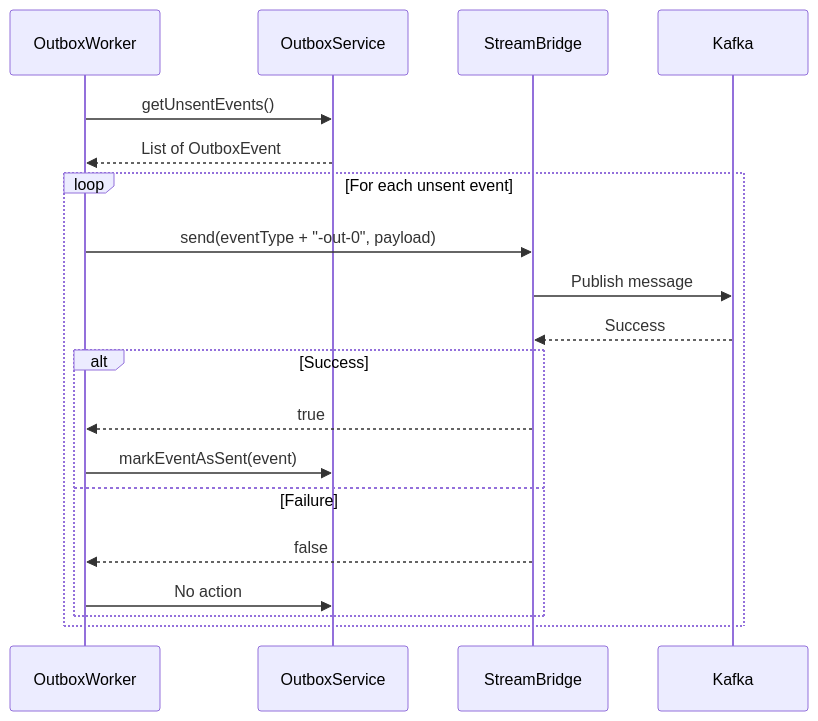
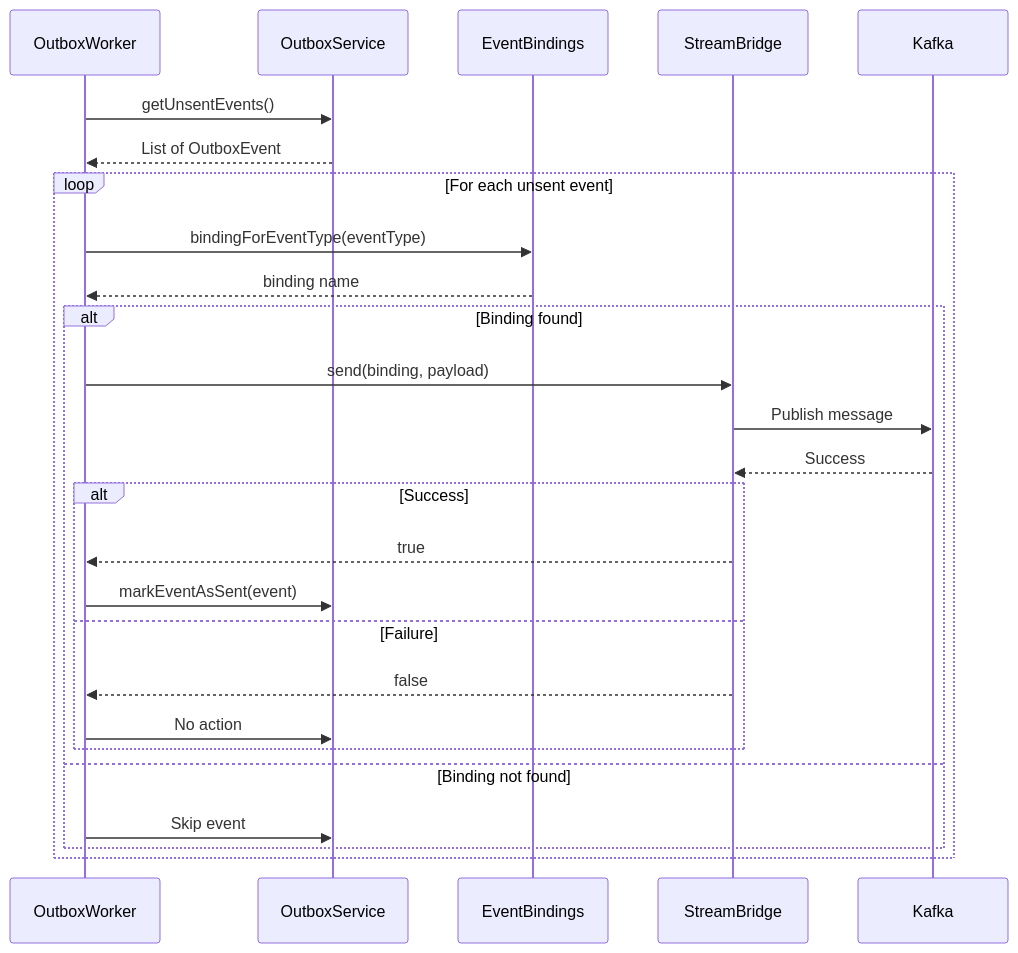
One commit to italoag/wallet changed the third of 5 diagrams in .qoder/repowiki/en/content/Event-Driven Architecture/Event-Driven Architecture.md. Above: the diagram before and after it, drawn with Mermaid. The commit also changed other lines of this file and 195 other files, not shown here.

````diff
--- a/.qoder/repowiki/en/content/Event-Driven Architecture/Event-Driven Architecture.md
+++ b/.qoder/repowiki/en/content/Event-Driven Architecture/Event-Driven Architecture.md
@@ -150,21 +160,28 @@
 ```mermaid
 sequenceDiagram
 participant OutboxWorker
 participant OutboxService
+participant EventBindings
 participant StreamBridge
 participant Kafka
 OutboxWorker->>OutboxService : getUnsentEvents()
 OutboxService-->>OutboxWorker : List of OutboxEvent
 loop For each unsent event
-OutboxWorker->>StreamBridge : send(eventType + "-out-0", payload)
+OutboxWorker->>EventBindings : bindingForEventType(eventType)
+EventBindings-->>OutboxWorker : binding name
+alt Binding found
+OutboxWorker->>StreamBridge : send(binding, payload)
 StreamBridge->>Kafka : Publish message
 Kafka-->>StreamBridge : Success
 alt Success
 StreamBridge-->>OutboxWorker : true
 OutboxWorker->>OutboxService : markEventAsSent(event)
 else Failure
 StreamBridge-->>OutboxWorker : false
 OutboxWorker->>OutboxService : No action
 end
+else Binding not found
+OutboxWorker->>OutboxService : Skip event
+end
 end
 ```
````
